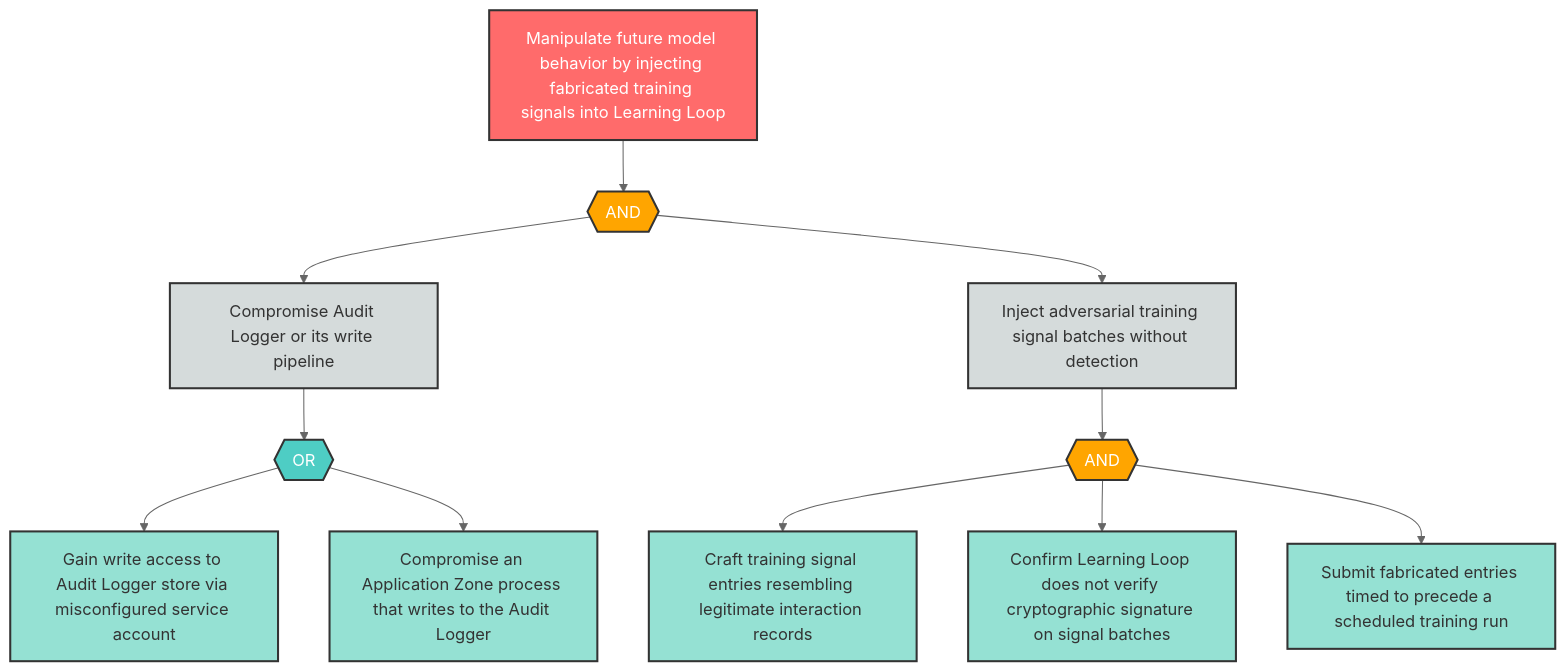
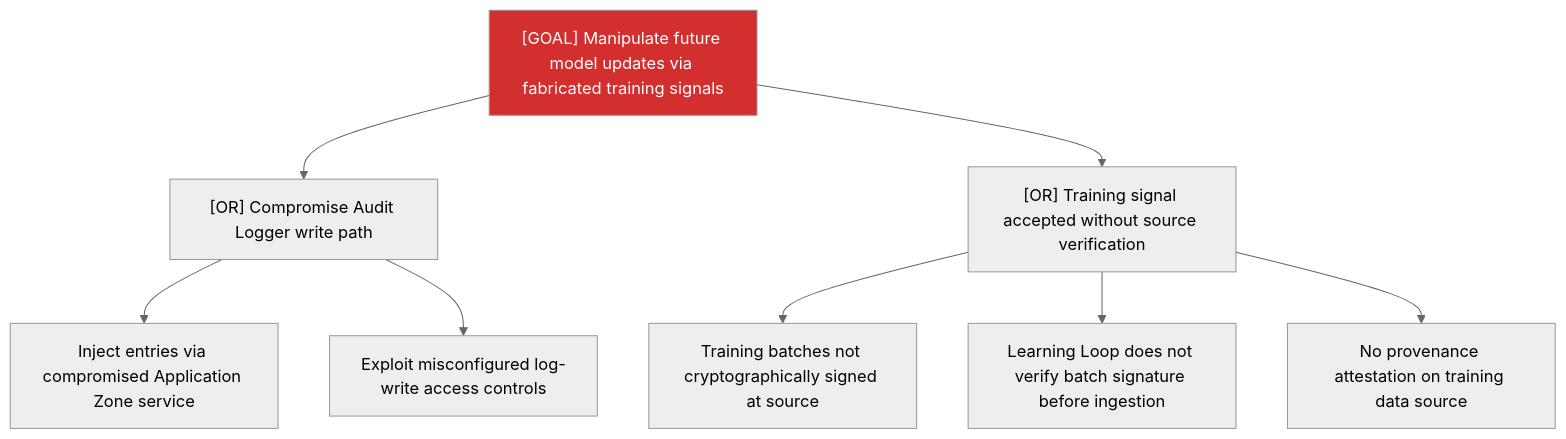
The diagram in examples/agentic-app/sample-report/attack-trees/S-7-attack-tree.md (q-qp-p/davidmatousek-tachi), drawn with Mermaid (neutral theme) before and after one commit. The commit also changed other lines of this file and 132 other files, not shown here.

````diff
--- a/examples/agentic-app/sample-report/attack-trees/S-7-attack-tree.md
+++ b/examples/agentic-app/sample-report/attack-trees/S-7-attack-tree.md
@@ -8,37 +7,13 @@
 ```mermaid
-flowchart TD
-    S7_root["Manipulate future model behavior by injecting fabricated training signals into Learning Loop"]
-    S7_and1{{"AND"}}
-    S7_sub1["Compromise Audit Logger or its write pipeline"]
-    S7_sub2["Inject adversarial training signal batches without detection"]
-    S7_or1{{"OR"}}
-    S7_leaf1["Gain write access to Audit Logger store via misconfigured service account"]
-    S7_leaf2["Compromise an Application Zone process that writes to the Audit Logger"]
-    S7_and2{{"AND"}}
-    S7_leaf3["Craft training signal entries resembling legitimate interaction records"]
-    S7_leaf4["Confirm Learning Loop does not verify cryptographic signature on signal batches"]
-    S7_leaf5["Submit fabricated entries timed to precede a scheduled training run"]
-
-    S7_root --> S7_and1
-    S7_and1 --> S7_sub1
-    S7_and1 --> S7_sub2
-    S7_sub1 --> S7_or1
-    S7_or1 --> S7_leaf1
-    S7_or1 --> S7_leaf2
-    S7_sub2 --> S7_and2
-    S7_and2 --> S7_leaf3
-    S7_and2 --> S7_leaf4
-    S7_and2 --> S7_leaf5
-
-    classDef goal fill:#ff6b6b,stroke:#333,stroke-width:2px,color:#fff
-    classDef andGate fill:#ffa500,stroke:#333,stroke-width:2px,color:#fff
-    classDef orGate fill:#4ecdc4,stroke:#333,stroke-width:2px,color:#fff
-    classDef subGoal fill:#d5dbdb,stroke:#333,stroke-width:2px,color:#333
-    classDef leaf fill:#95e1d3,stroke:#333,stroke-width:2px,color:#333
-
-    class S7_root goal
-    class S7_and1,S7_and2 andGate
-    class S7_or1 orGate
-    class S7_sub1,S7_sub2 subGoal
-    class S7_leaf1,S7_leaf2,S7_leaf3,S7_leaf4,S7_leaf5 leaf
+graph TD
+    Goal["[GOAL] Manipulate future model updates via fabricated training signals"]
+    Goal --> A["[OR] Compromise Audit Logger write path"]
+    A --> A1["Inject entries via compromised Application Zone service"]
+    A --> A2["Exploit misconfigured log-write access controls"]
+    Goal --> B["[OR] Training signal accepted without source verification"]
+    B --> B1["Training batches not cryptographically signed at source"]
+    B --> B2["Learning Loop does not verify batch signature before ingestion"]
+    B --> B3["No provenance attestation on training data source"]
+    classDef critical fill:#d32f2f,color:#fff
+    class Goal critical
 ```
````
